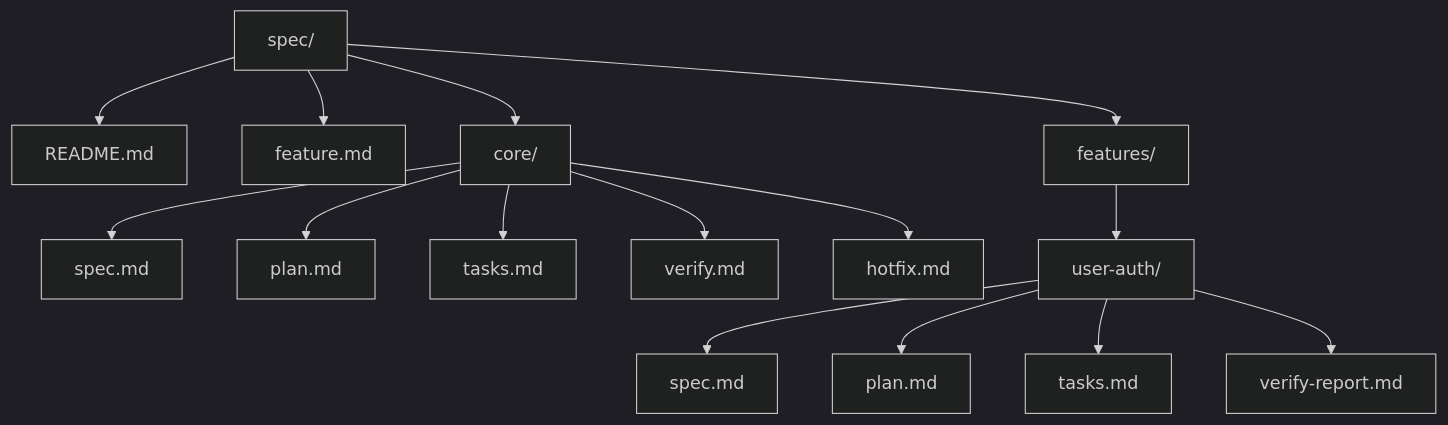
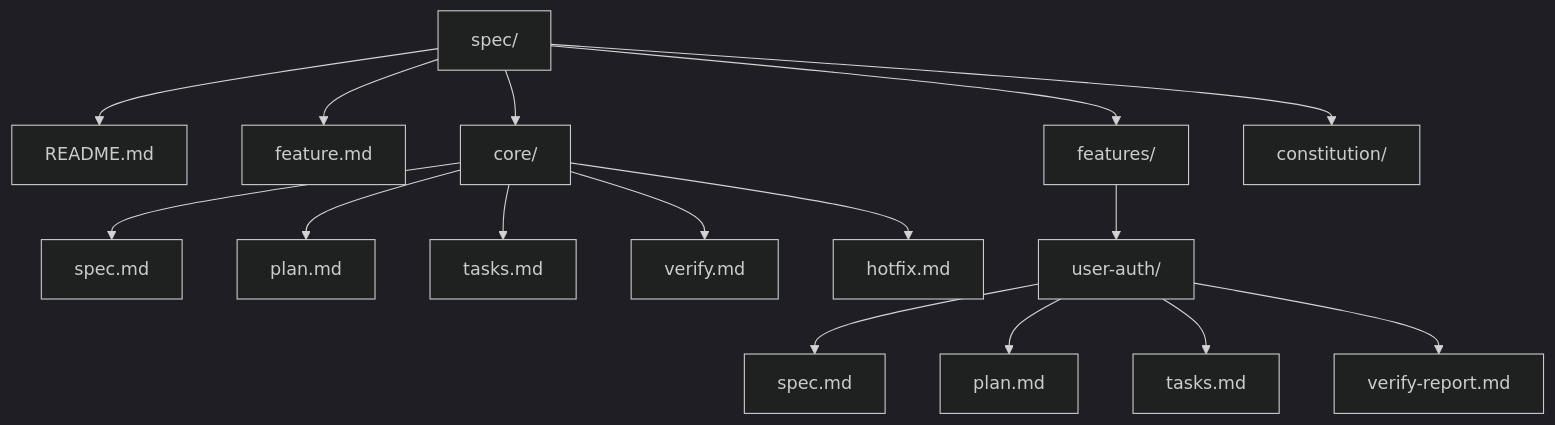
One commit to denisoed/spec-feature changed the first of 3 diagrams in README.md. Above: the diagram before and after it, drawn with Mermaid (dark theme). The commit also changed other lines of this file and 1 other file, not shown here.

Commit message:
Increment version to 1.1.1 and update README.md with new constitution section
- Updated version in package.json to 1.1.1.
- Enhanced README.md by adding a new section on the project constitution, outlining rules and constraints for project management and AI interactions.
- Adjusted the documentation structure to improve clarity and navigation.

````diff
--- a/README.md
+++ b/README.md
@@ -27,19 +27,20 @@
 ```mermaid
 graph TD
     A[spec/] --> B[README.md]
     A --> C[feature.md]
     A --> D[core/]
     A --> E[features/]
+    A --> F[constitution/]
     
-    D --> F[spec.md]
-    D --> G[plan.md]
-    D --> H[tasks.md]
-    D --> I[verify.md]
-    D --> J[hotfix.md]
+    D --> G[spec.md]
+    D --> H[plan.md]
+    D --> I[tasks.md]
+    D --> J[verify.md]
+    D --> K[hotfix.md]
     
-    E --> K[user-auth/]
-    K --> L[spec.md]
-    K --> M[plan.md]
-    K --> N[tasks.md]
-    K --> O[verify-report.md]
+    E --> L[user-auth/]
+    L --> M[spec.md]
+    L --> N[plan.md]
+    L --> O[tasks.md]
+    L --> P[verify-report.md]
 ```
````
